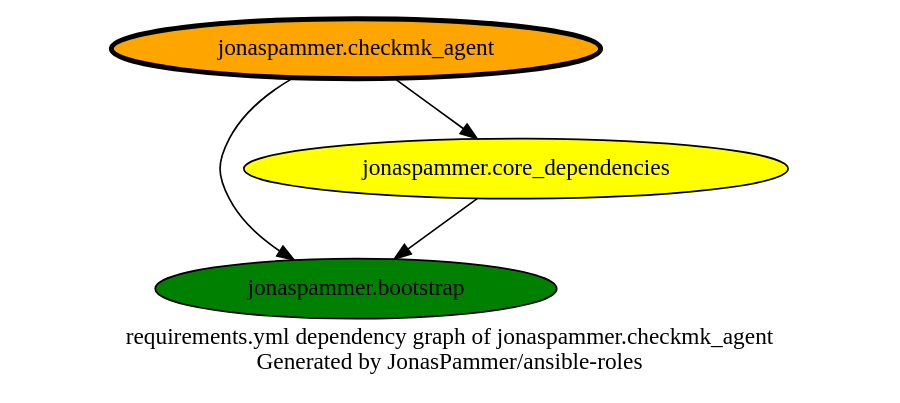
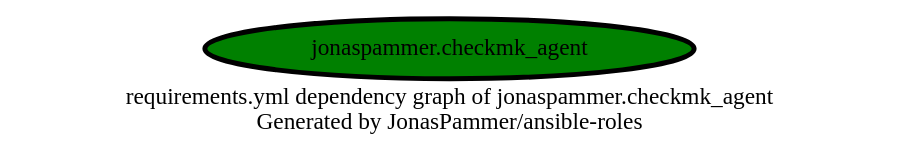
Before and after one commit to JonasPammer/ansible-roles: the diagram in graphs/dependencies_checkmk_agent.dot, drawn with Graphviz. The commit also changed 32 other files, not shown here.

```diff
--- a/graphs/dependencies_checkmk_agent.dot
+++ b/graphs/dependencies_checkmk_agent.dot
@@ -1,14 +1,10 @@
 digraph hierarchy {
   label = "requirements.yml dependency graph of jonaspammer.checkmk_agent \n Generated by JonasPammer/ansible-roles" ;
   overlap=false
 
   {
-    "jonaspammer.checkmk_agent" [fillcolor=orange style=filled penwidth=3]
-    "jonaspammer.bootstrap" [fillcolor=green style=filled ]
-    "jonaspammer.core_dependencies" [fillcolor=yellow style=filled ]
+    "jonaspammer.checkmk_agent" [fillcolor=green style=filled penwidth=3]
   }
 
 
-  "jonaspammer.checkmk_agent" -> {"jonaspammer.bootstrap" "jonaspammer.core_dependencies"}
-  "jonaspammer.core_dependencies" -> {"jonaspammer.bootstrap"}
 }
```
